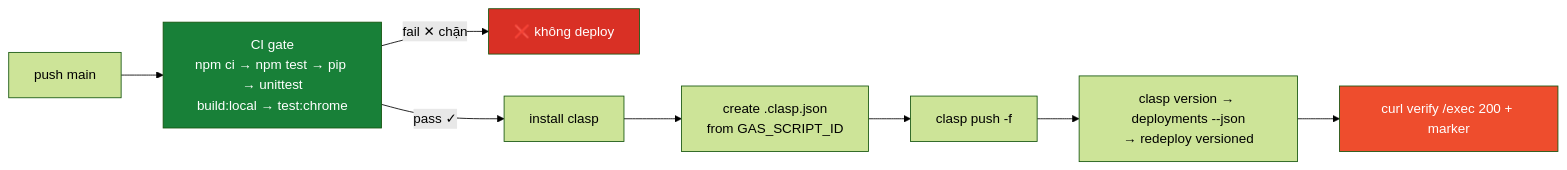
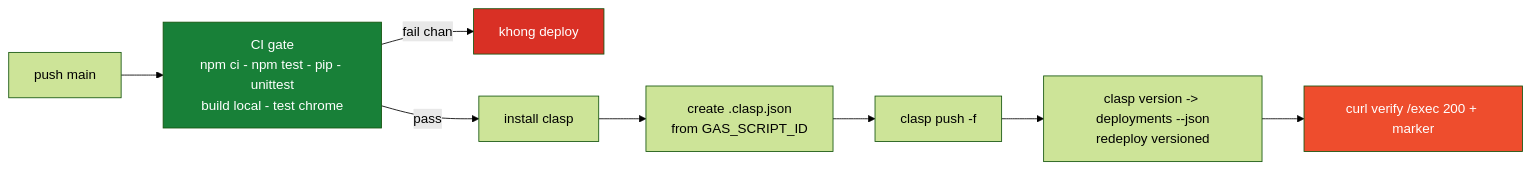
One commit to Duc-Nguyen-739/spx-diem-danh changed the second of 2 diagrams in README.md. Above: the diagram before and after it, drawn with Mermaid (forest theme). The commit also changed other lines of this file, not shown here.

First line of the commit message:
fix(readme): repair mermaid syntax for GitHub rendering

````diff
--- a/README.md
+++ b/README.md
@@ -332,13 +332,13 @@
 ```mermaid
 flowchart LR
-    A[push main] --> B[CI gate<br/>npm ci → npm test → pip → unittest<br/>build:local → test:chrome]
-    B -->|fail ✕ chặn| Z[❌ không deploy]
-    B -->|pass ✓| C[install clasp]
-    C --> D[create .clasp.json<br/>from GAS_SCRIPT_ID]
+    A[push main] --> B[CI gate<br>npm ci - npm test - pip - unittest<br>build local - test chrome]
+    B -->|fail chan| Z[khong deploy]
+    B -->|pass| C[install clasp]
+    C --> D[create .clasp.json<br>from GAS_SCRIPT_ID]
     D --> E[clasp push -f]
-    E --> F[clasp version → deployments --json<br/>→ redeploy versioned]
+    E --> F[clasp version -> deployments --json<br>redeploy versioned]
     F --> G[curl verify /exec 200 + marker]
     style B fill:#188038,color:#fff
     style Z fill:#D93025,color:#fff
     style G fill:#EE4D2D,color:#fff
 ```
````
